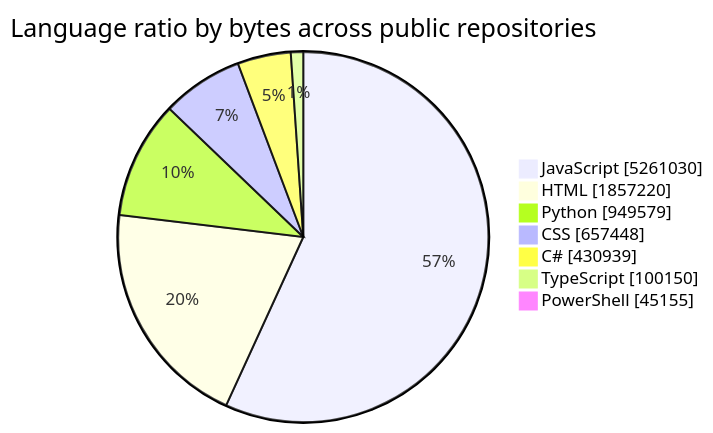
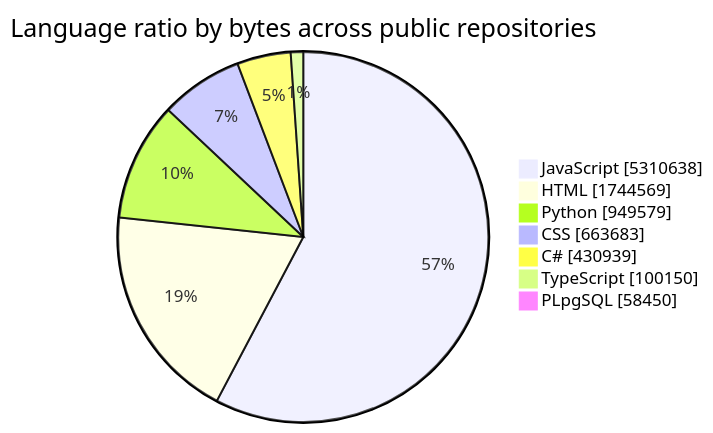
Before and after one commit to tchinso/tchinso: the first of 2 diagrams in README.md, drawn with Mermaid. The commit also changed other lines of this file, not shown here.

````diff
--- a/README.md
+++ b/README.md
@@ -24,11 +24,11 @@
 ```mermaid
 pie showData
     title Language ratio by bytes across public repositories
-    "JavaScript" : 5261030
-    "HTML" : 1857220
+    "JavaScript" : 5310638
+    "HTML" : 1744569
     "Python" : 949579
-    "CSS" : 657448
+    "CSS" : 663683
     "C#" : 430939
     "TypeScript" : 100150
-    "PowerShell" : 45155
+    "PLpgSQL" : 58450
 ```
````
